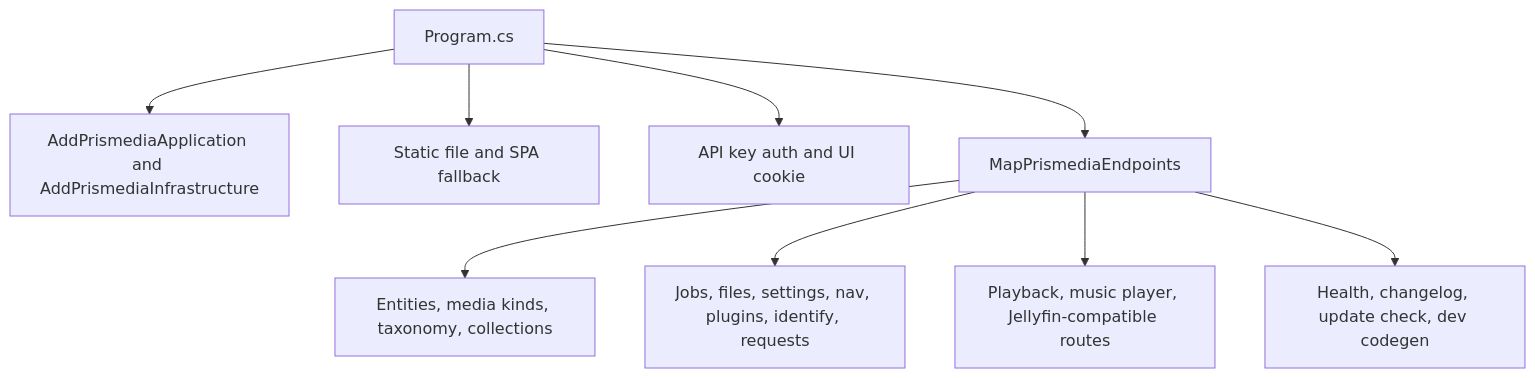
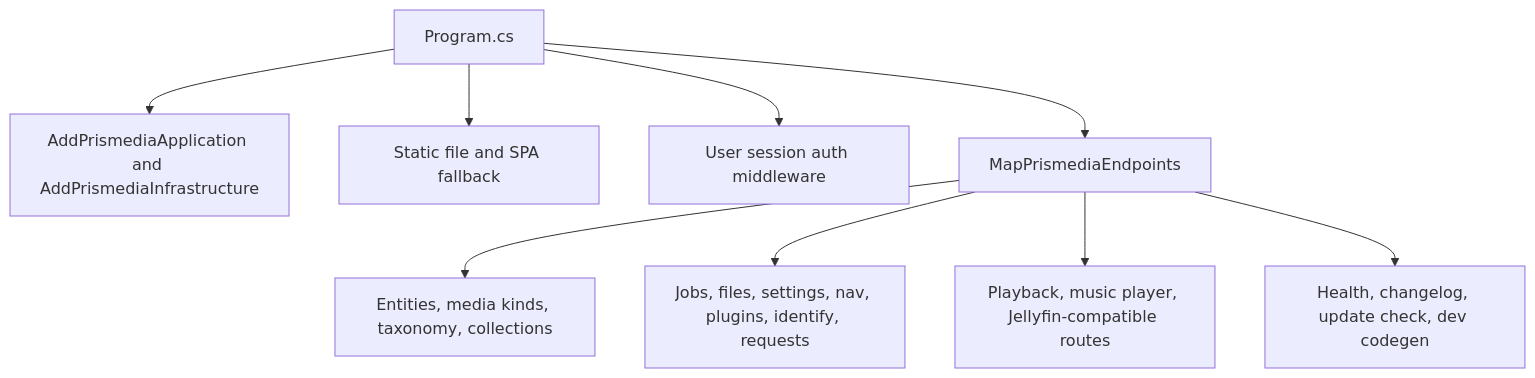
One commit to RianKoja/Prismedia changed the fifth of 12 diagrams in documentation-site/docs/developers/codebase-flow.md. Above: the diagram before and after it, drawn with Mermaid. The commit also changed other lines of this file and 24 other files, not shown here.

````diff
--- a/documentation-site/docs/developers/codebase-flow.md
+++ b/documentation-site/docs/developers/codebase-flow.md
@@ -162,11 +162,11 @@
 ```mermaid
 flowchart TD
   Program["Program.cs"] --> Services["AddPrismediaApplication and AddPrismediaInfrastructure"]
   Program --> StaticHost["Static file and SPA fallback"]
-  Program --> Auth["API key auth and UI cookie"]
+  Program --> Auth["User session auth middleware"]
   Program --> Endpoints["MapPrismediaEndpoints"]
   Endpoints --> EntityRoutes["Entities, media kinds, taxonomy, collections"]
   Endpoints --> OpsRoutes["Jobs, files, settings, nav, plugins, identify, requests"]
   Endpoints --> PlaybackRoutes["Playback, music player, Jellyfin-compatible routes"]
   Endpoints --> SystemRoutes["Health, changelog, update check, dev codegen"]
 ```
````
